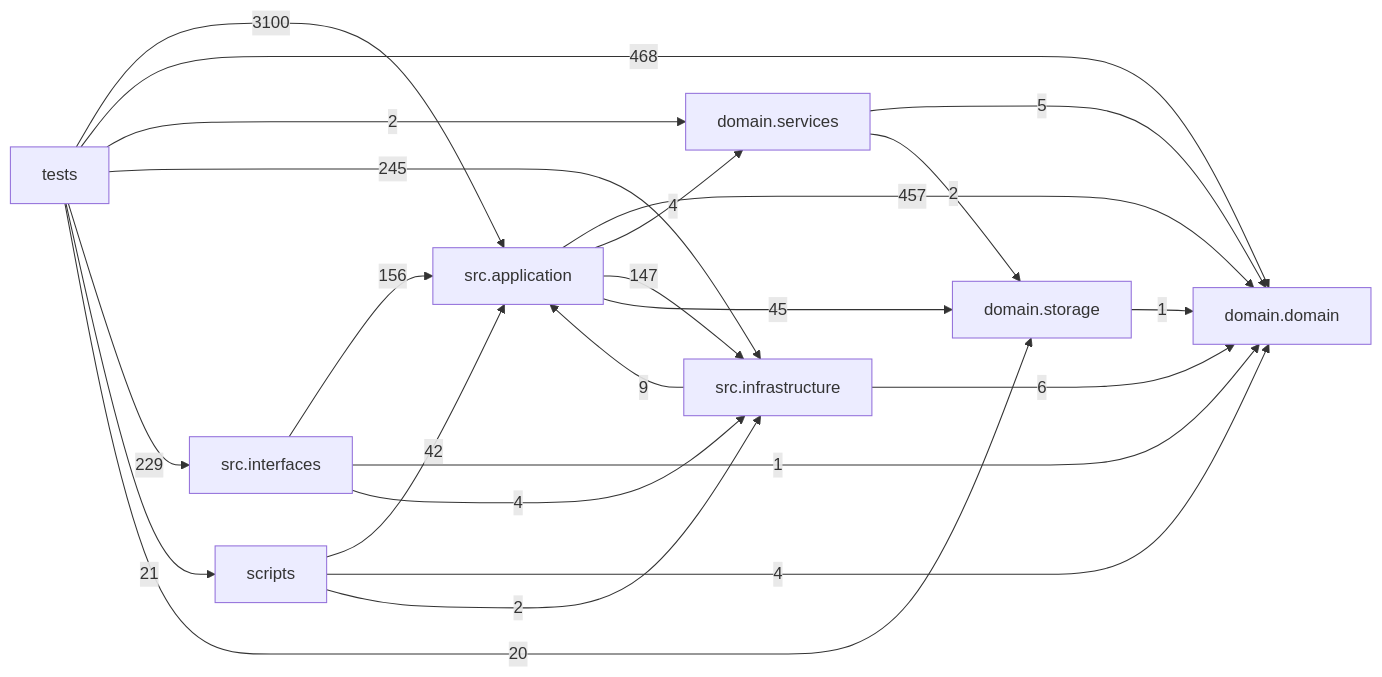
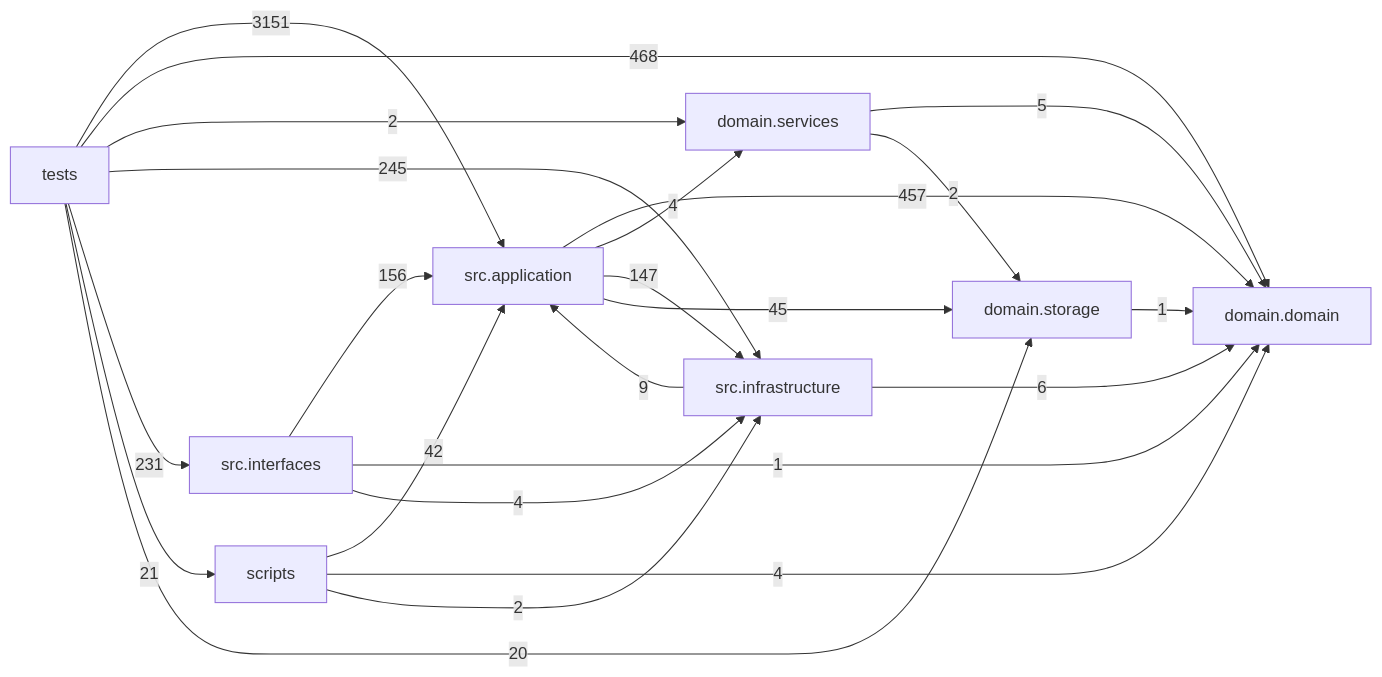
Before and after one commit to liuxie066/options-monitor: the diagram in docs/DEPENDENCY_GRAPH.md, drawn with Mermaid. The commit also changed other lines of this file and 23 other files, not shown here.

````diff
--- a/docs/DEPENDENCY_GRAPH.md
+++ b/docs/DEPENDENCY_GRAPH.md
@@ -24,33 +24,33 @@
 ```mermaid
 flowchart LR
   tests["tests"]
   scripts["scripts"]
   interfaces["src.interfaces"]
   application["src.application"]
   infrastructure["src.infrastructure"]
   domain_services["domain.services"]
   domain["domain.domain"]
   storage["domain.storage"]
   application -->|457| domain
   application -->|4| domain_services
   application -->|147| infrastructure
   application -->|45| storage
   domain_services -->|5| domain
   domain_services -->|2| storage
   infrastructure -->|9| application
   infrastructure -->|6| domain
   interfaces -->|156| application
   interfaces -->|1| domain
   interfaces -->|4| infrastructure
   scripts -->|42| application
   scripts -->|4| domain
   scripts -->|2| infrastructure
   storage -->|1| domain
-  tests -->|3100| application
+  tests -->|3151| application
   tests -->|468| domain
   tests -->|2| domain_services
   tests -->|245| infrastructure
-  tests -->|229| interfaces
+  tests -->|231| interfaces
   tests -->|21| scripts
   tests -->|20| storage
 ```
````
